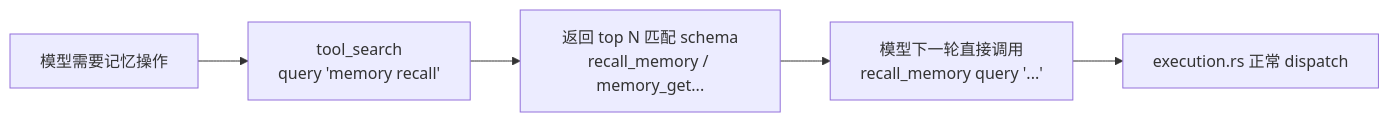
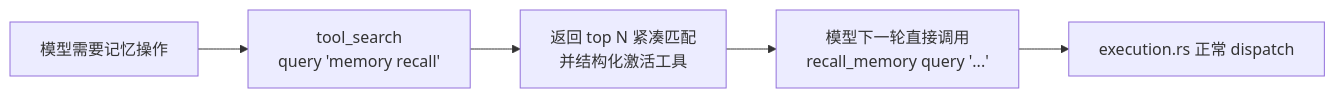
The first of 12 diagrams in docs/architecture/tool-system.md (zhukai9527/hope-agent), drawn with Mermaid before and after one commit. The commit also changed other lines of this file and 44 other files, not shown here.

````diff
--- a/docs/architecture/tool-system.md
+++ b/docs/architecture/tool-system.md
@@ -393,7 +373,7 @@
 ```mermaid
 flowchart LR
     A[模型需要记忆操作] --> B[tool_search<br/>query 'memory recall']
-    B --> C[返回 top N 匹配 schema<br/>recall_memory / memory_get...]
+    B --> C[返回 top N 紧凑匹配<br/>并结构化激活工具]
     C --> D[模型下一轮直接调用<br/>recall_memory query '...']
     D --> E[execution.rs 正常 dispatch]
 ```
````
